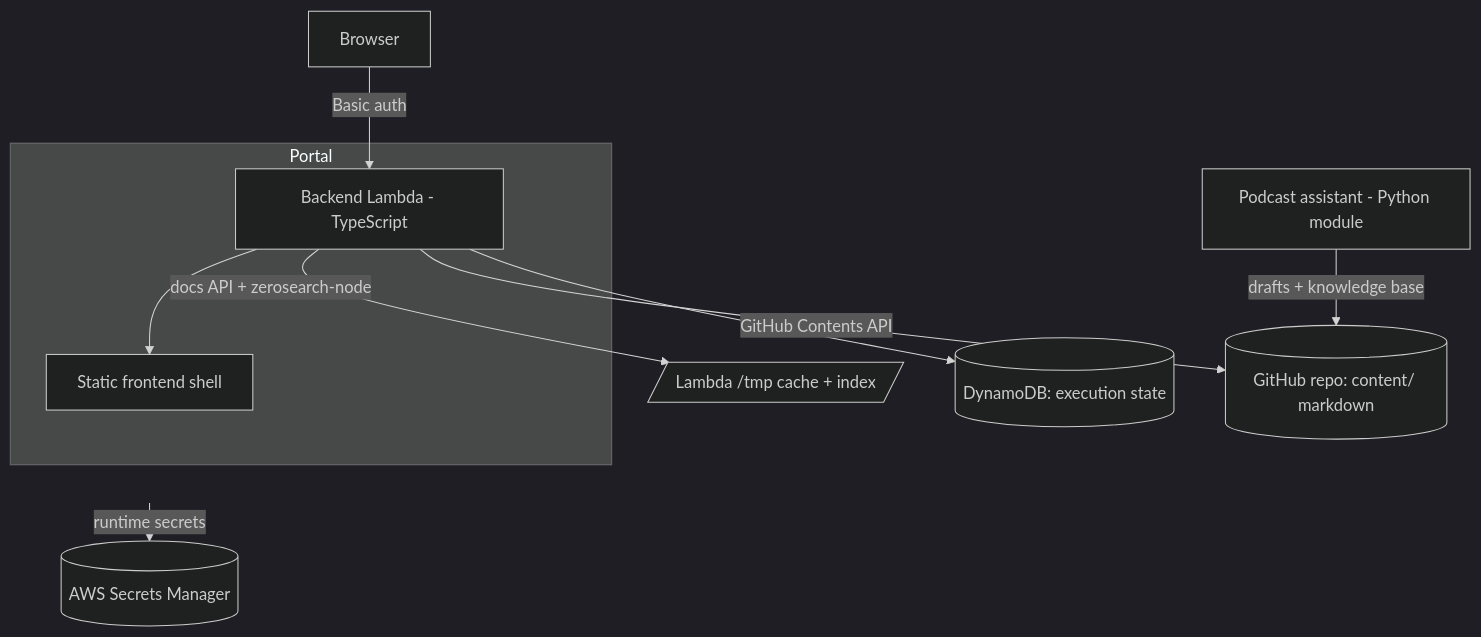
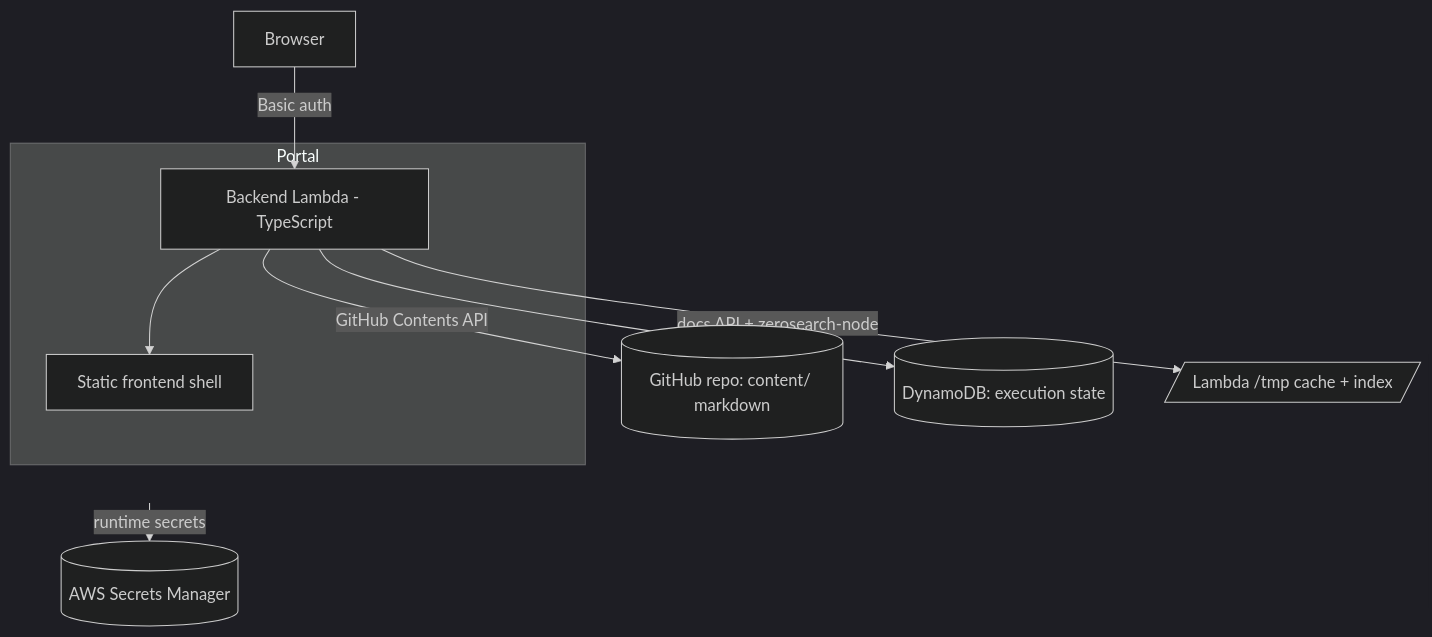
The diagram in README.md (DataTalksClub/dataops), drawn with Mermaid (dark theme) before and after one commit. The commit also changed other lines of this file and 21 other files, not shown here.

````diff
--- a/README.md
+++ b/README.md
@@ -46,23 +45,20 @@
 ```mermaid
 flowchart TB
   Browser[Browser]
 
   subgraph Portal
     Frontend[Static frontend shell]
     Backend[Backend Lambda - TypeScript]
   end
-
-  Podcast[Podcast assistant - Python module]
 
   GitHub[(GitHub repo: content/ markdown)]
   Dynamo[(DynamoDB: execution state)]
   Secrets[(AWS Secrets Manager)]
 
   Browser -->|Basic auth| Backend
   Backend --> Frontend
   Backend -->|docs API + zerosearch-node| Index[/Lambda /tmp cache + index/]
   Backend -->|GitHub Contents API| GitHub
   Backend --> Dynamo
-  Podcast -->|drafts + knowledge base| GitHub
   Portal -->|runtime secrets| Secrets
 ```
````
